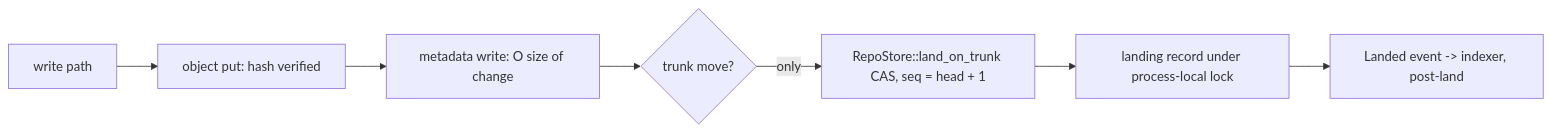
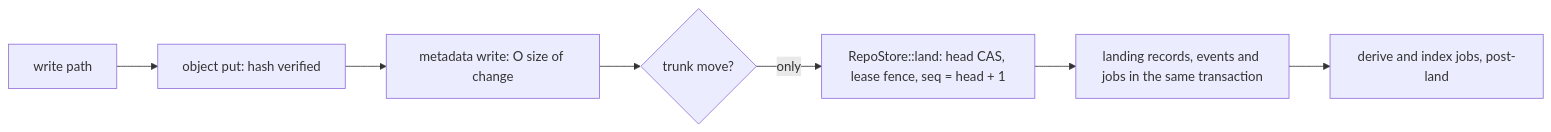
The diagram in architecture/01-overview/principles-and-invariants.md (envoy1084/rill), drawn with Mermaid before and after one commit. The commit also changed other lines of this file and 16 other files, not shown here.

````diff
--- a/architecture/01-overview/principles-and-invariants.md
+++ b/architecture/01-overview/principles-and-invariants.md
@@ -33,9 +33,9 @@
 ```mermaid
 flowchart LR
   W[write path] --> O[object put: hash verified]
   O --> M[metadata write: O size of change]
   M --> T{trunk move?}
-  T -->|only| CAS[RepoStore::land_on_trunk CAS, seq = head + 1]
-  CAS --> L[landing record under process-local lock]
-  L --> E[Landed event -> indexer, post-land]
+  T -->|only| CAS[RepoStore::land: head CAS, lease fence, seq = head + 1]
+  CAS --> L[landing records, events and jobs in the same transaction]
+  L --> E[derive and index jobs, post-land]
 ```
````
